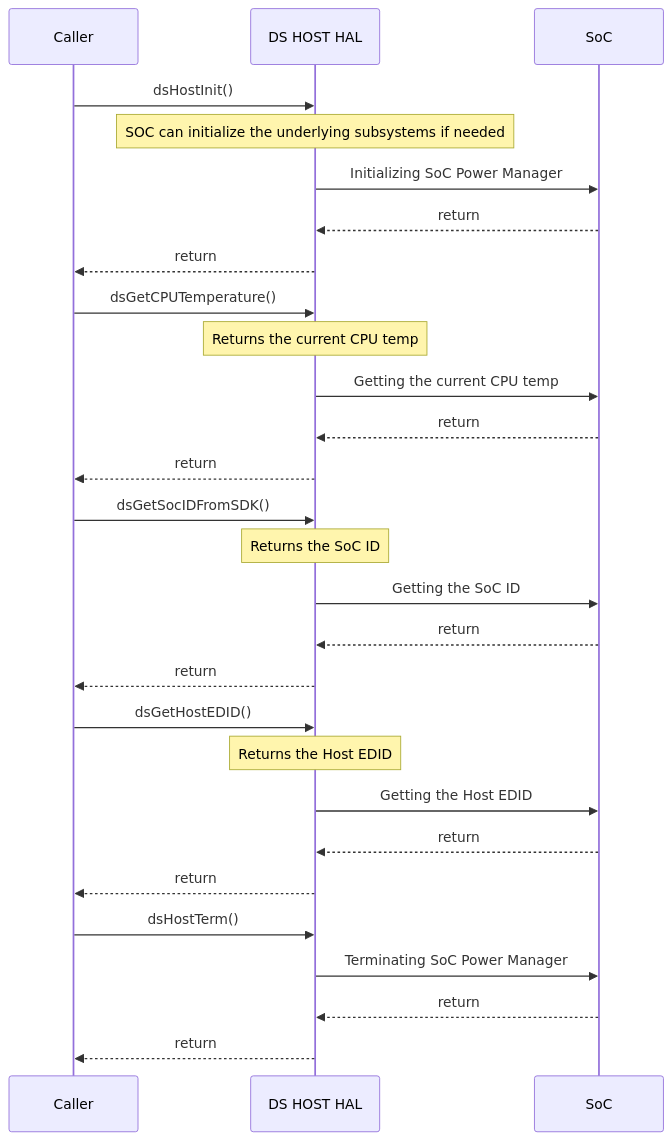
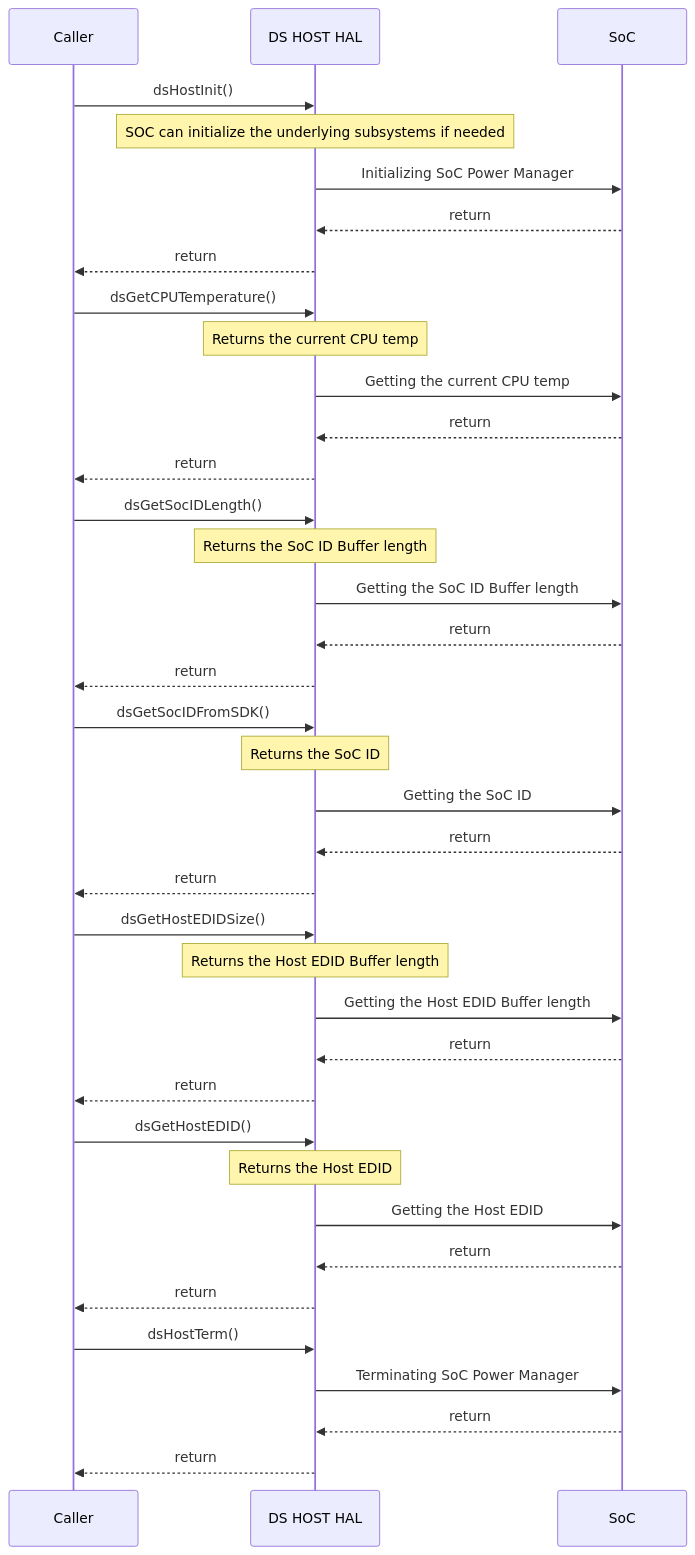
Before and after one commit to rdkcentral/rdk-halif-device_settings: the second of 2 diagrams in docs/pages/ds-host_halSpec.md, drawn with Mermaid. The commit also changed other lines of this file and 1 other file, not shown here.

Commit message:
Updated dsHost interface to support AIDL

````diff
--- a/docs/pages/ds-host_halSpec.md
+++ b/docs/pages/ds-host_halSpec.md
@@ -164,31 +164,41 @@
 ```mermaid
 %%{ init : { "theme" : "default", "flowchart" : { "curve" : "stepBefore" }}}%%
    sequenceDiagram
     participant Caller as Caller
     participant HAL as DS HOST HAL
     participant Driver as SoC
     Caller->>HAL:dsHostInit()
     Note over HAL: SOC can initialize the underlying subsystems if needed
     HAL->>Driver:Initializing SoC Power Manager
     Driver-->>HAL:return
     HAL-->>Caller:return
     Caller->>HAL:dsGetCPUTemperature()
     Note over HAL: Returns the current CPU temp
     HAL->>Driver:Getting the current CPU temp
     Driver-->>HAL:return
     HAL-->>Caller:return
+    Caller->>HAL:dsGetSocIDLength()
+    Note over HAL: Returns the SoC ID Buffer length
+    HAL->>Driver:Getting the SoC ID Buffer length
+    Driver-->>HAL:return
+    HAL-->>Caller:return
     Caller->>HAL:dsGetSocIDFromSDK()
     Note over HAL: Returns the SoC ID
     HAL->>Driver:Getting the SoC ID
+    Driver-->>HAL:return
+    HAL-->>Caller:return
+    Caller->>HAL:dsGetHostEDIDSize()
+    Note over HAL: Returns the Host EDID Buffer length
+    HAL->>Driver:Getting the Host EDID Buffer length
     Driver-->>HAL:return
     HAL-->>Caller:return
     Caller->>HAL:dsGetHostEDID()
     Note over HAL: Returns the Host EDID
     HAL->>Driver:Getting the Host EDID
     Driver-->>HAL:return
     HAL-->>Caller:return
     Caller ->>HAL:dsHostTerm()
     HAL->>Driver:Terminating SoC Power Manager
     Driver-->>HAL:return
     HAL-->>Caller:return
  ```
````
